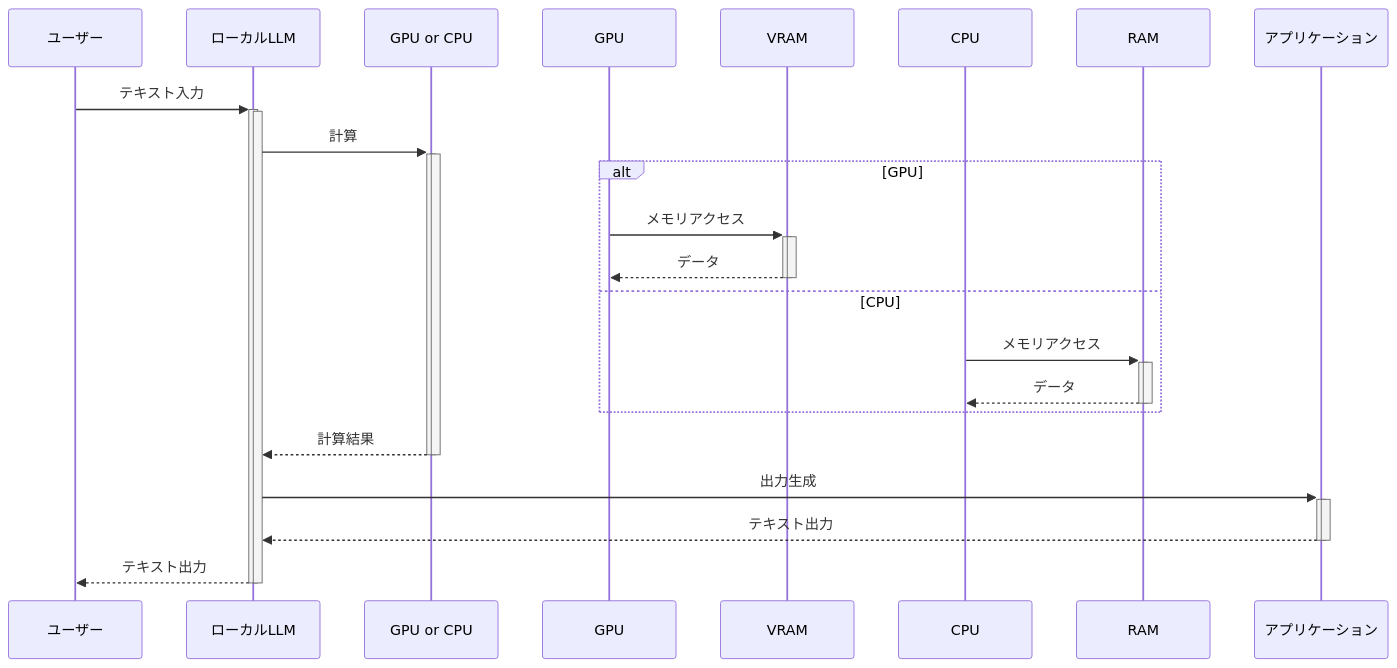
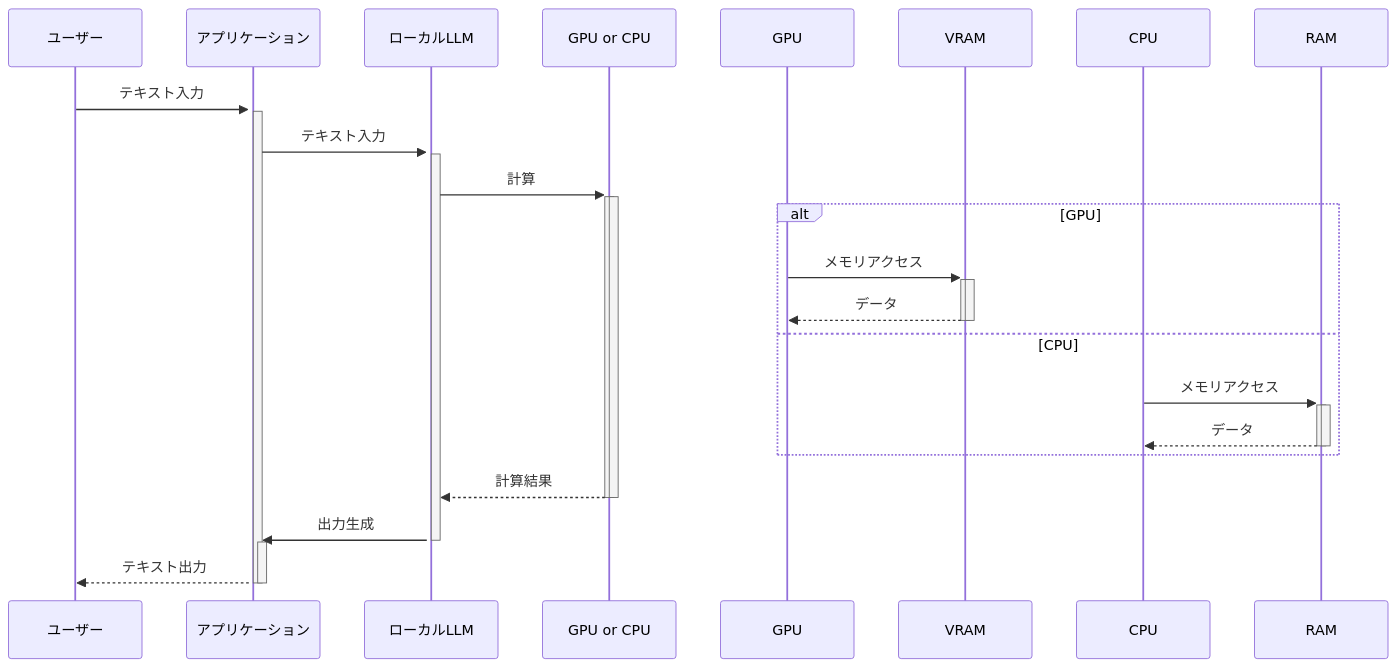
One commit to SparklingDetergent/doc_genai_About_the_local_LLM_operating_environment changed diagram 11 of 12 in README.md. Above: the diagram before and after it, drawn with Mermaid.

````diff
--- a/README.md
+++ b/README.md
@@ -222,26 +222,26 @@
 ```mermaid
 sequenceDiagram
-    ユーザー->>+ローカルLLM: テキスト入力
+    ユーザー->>+アプリケーション: テキスト入力
+    activate アプリケーション
+    アプリケーション->>+ローカルLLM: テキスト入力
     activate ローカルLLM
     ローカルLLM->>+GPU or CPU: 計算
     activate GPU or CPU
     alt GPU
         GPU->>+VRAM: メモリアクセス
         activate VRAM
         VRAM-->>-GPU: データ
         deactivate VRAM
     else CPU
         CPU->>+RAM: メモリアクセス
         activate RAM
         RAM-->>-CPU: データ
         deactivate RAM
     end
     GPU or CPU-->>-ローカルLLM: 計算結果
     deactivate GPU or CPU
     ローカルLLM->>+アプリケーション: 出力生成
-    activate アプリケーション
-    アプリケーション-->>-ローカルLLM: テキスト出力
+    deactivate ローカルLLM
+    アプリケーション-->>-ユーザー: テキスト出力
     deactivate アプリケーション
-    ローカルLLM-->>-ユーザー: テキスト出力
-    deactivate ローカルLLM
 ```
````
